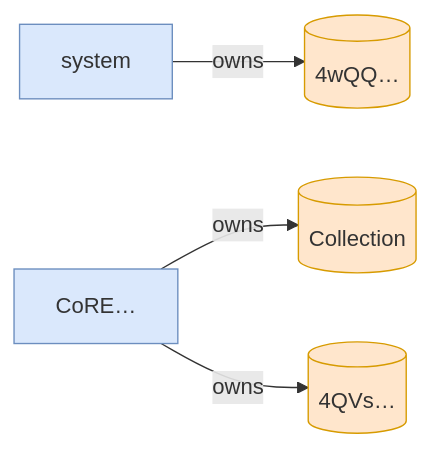
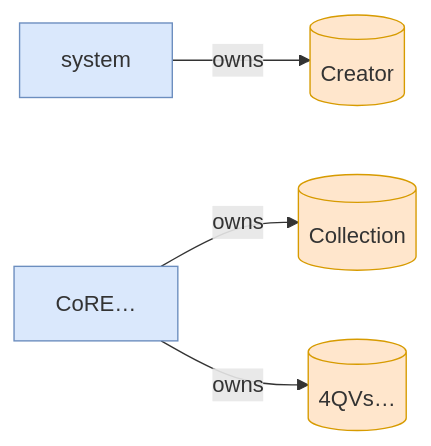
One commit to cds-turbin3/vesting-position changed the third of 3 diagrams in babelfish-tests/test-report/freeze_asset_fails_without_freeze_plugin.md. Above: the diagram before and after it, drawn with Mermaid. The commit also changed other lines of this file and 50 other files, not shown here.

````diff
--- a/babelfish-tests/test-report/freeze_asset_fails_without_freeze_plugin.md
+++ b/babelfish-tests/test-report/freeze_asset_fails_without_freeze_plugin.md
@@ -30,14 +30,14 @@
 ```mermaid
 flowchart LR
     system["system"]:::program
-    4wQQ[("4wQQ…")]:::state
+    Creator[("Creator")]:::state
     CoRE["CoRE…"]:::program
     Collection[("Collection")]:::state
     4QVs[("4QVs…")]:::state
-    system -->|owns| 4wQQ
+    system -->|owns| Creator
     CoRE -->|owns| Collection
     CoRE -->|owns| 4QVs
     classDef program fill:#dae8fc,stroke:#6c8ebf;
     classDef signer fill:#d5e8d4,stroke:#82b366;
     classDef state fill:#ffe6cc,stroke:#d79b00;
 ```
````
